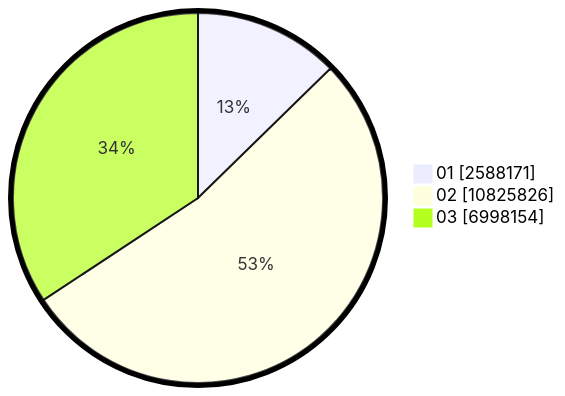
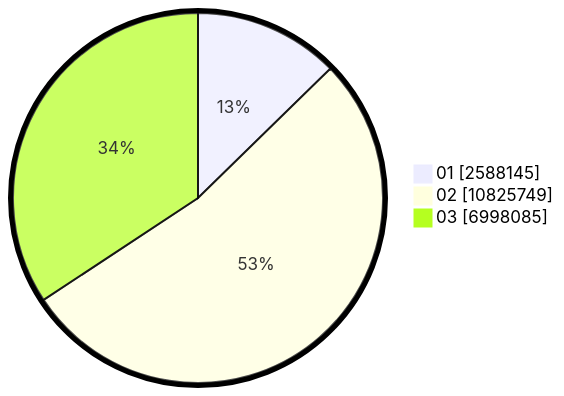
Before and after one commit to gigit-pemilu/pemilu-2024: the second of 2 diagrams in pilpres/hitung-suara/sub/table-wilayah-33.md, drawn with Mermaid. The commit also changed other lines of this file and 6 other files, not shown here.

````diff
--- a/pilpres/hitung-suara/sub/table-wilayah-33.md
+++ b/pilpres/hitung-suara/sub/table-wilayah-33.md
@@ -15,7 +15,7 @@
 ```mermaid
 %%{init: {"pie": {"textPosition": 0.5}, "themeVariables": {"pieOuterStrokeWidth": "5px"}} }%%
 pie showData
-    "01" : 2588171
-    "02" : 10825826
-    "03" : 6998154
+    "01" : 2588145
+    "02" : 10825749
+    "03" : 6998085
 ```
````
